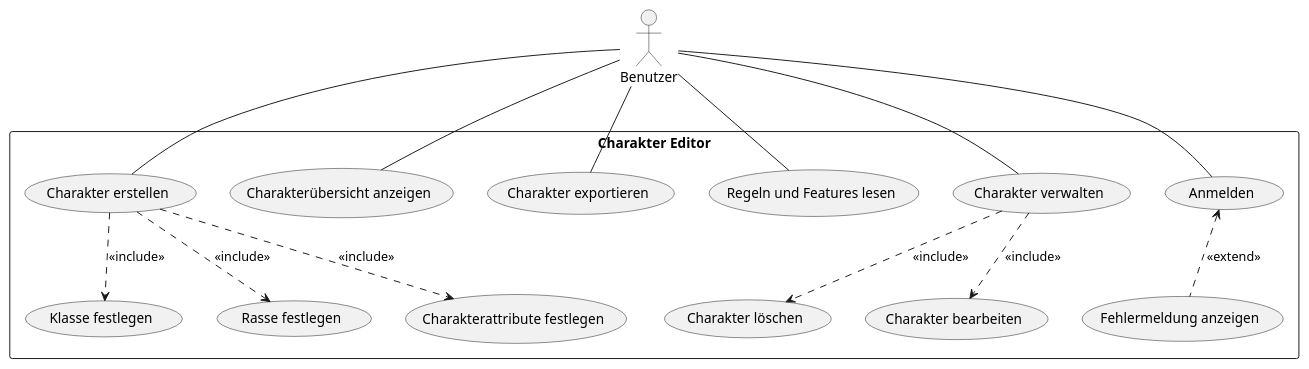
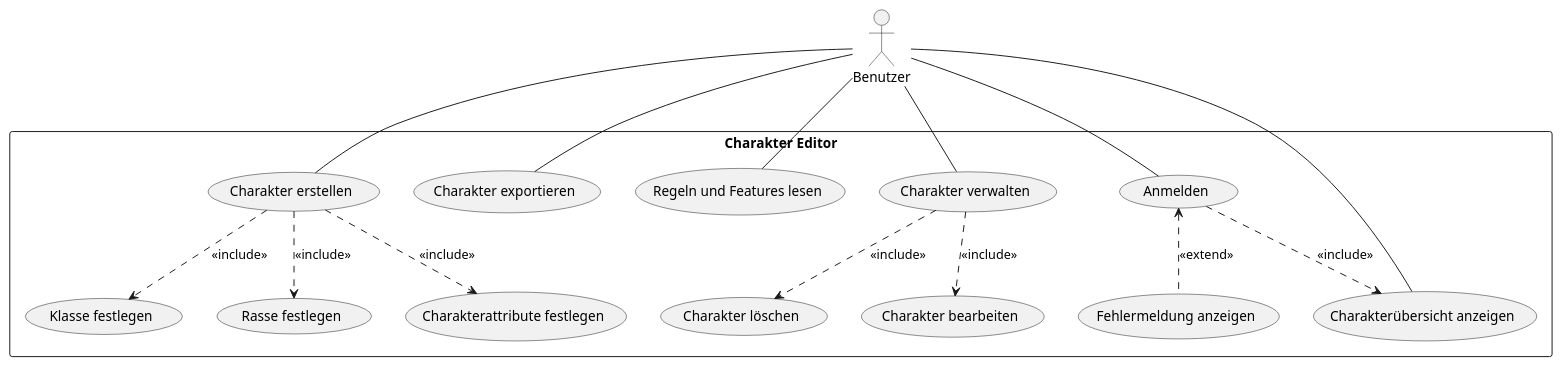
The first of 2 diagrams in asciidocs/docs/sysspec.adoc (2526-3bhif-syp/2526-3bhif-syp-project-dnd-character-creator), drawn with PlantUML before and after one commit.

Commit message:
added 'viewcharacter' to login

```diff
--- a/asciidocs/docs/sysspec.adoc
+++ b/asciidocs/docs/sysspec.adoc
@@ -54,37 +54,39 @@
 [plantuml,wireframe,png]
 ----
 @startuml
 actor Benutzer
 
 rectangle "Charakter Editor" {
   usecase "Charakter erstellen" as createCharacter
   usecase "Klasse festlegen" as setClass
   usecase "Rasse festlegen" as setRace
   usecase "Charakterübersicht anzeigen" as viewCharacters
 
   usecase "Charakter bearbeiten" as editCharacter
   usecase "Charakter löschen" as deleteCharacter
   usecase "Charakter exportieren" as exportCharacter
   usecase "Regeln und Features lesen" as viewRules
   usecase "Charakter verwalten" as manageCharacter
   usecase "Charakterattribute festlegen" as setAttributes
   usecase "Anmelden" as login
   usecase "Fehlermeldung anzeigen" as loginError
+  usecase "Charakterübersicht anzeigen" as viewCharacters
 }
 
 Benutzer -- createCharacter
 Benutzer -- viewCharacters
 Benutzer -- exportCharacter
 Benutzer -- viewRules
 Benutzer -- manageCharacter
 Benutzer -- login
 
 createCharacter ..> setClass : <<include>>
 createCharacter ..> setRace : <<include>>
 createCharacter ..> setAttributes : <<include>>
 manageCharacter ..> editCharacter : <<include>>
 manageCharacter ..> deleteCharacter : <<include>>
+login ..> viewCharacters : <<include>>
 
 login <.. loginError : <<extend>>
 @enduml
 ----
```
